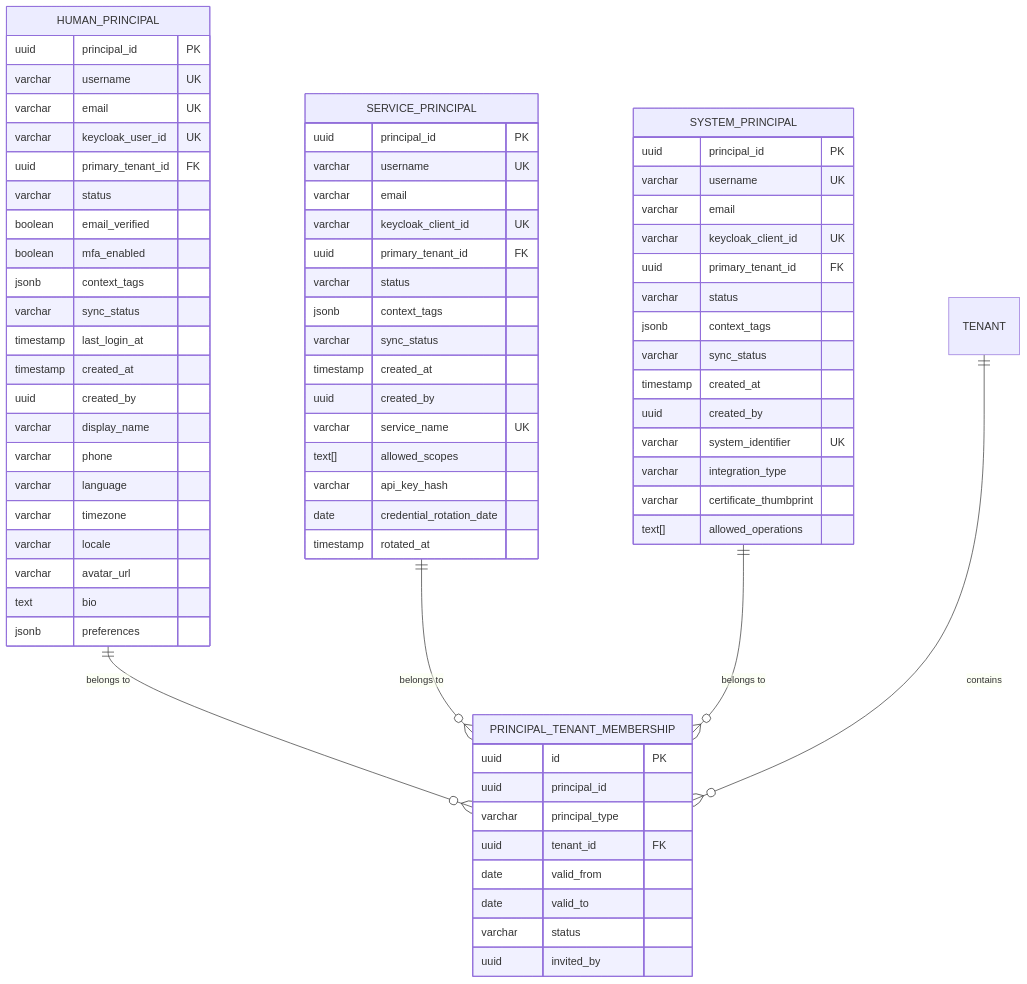
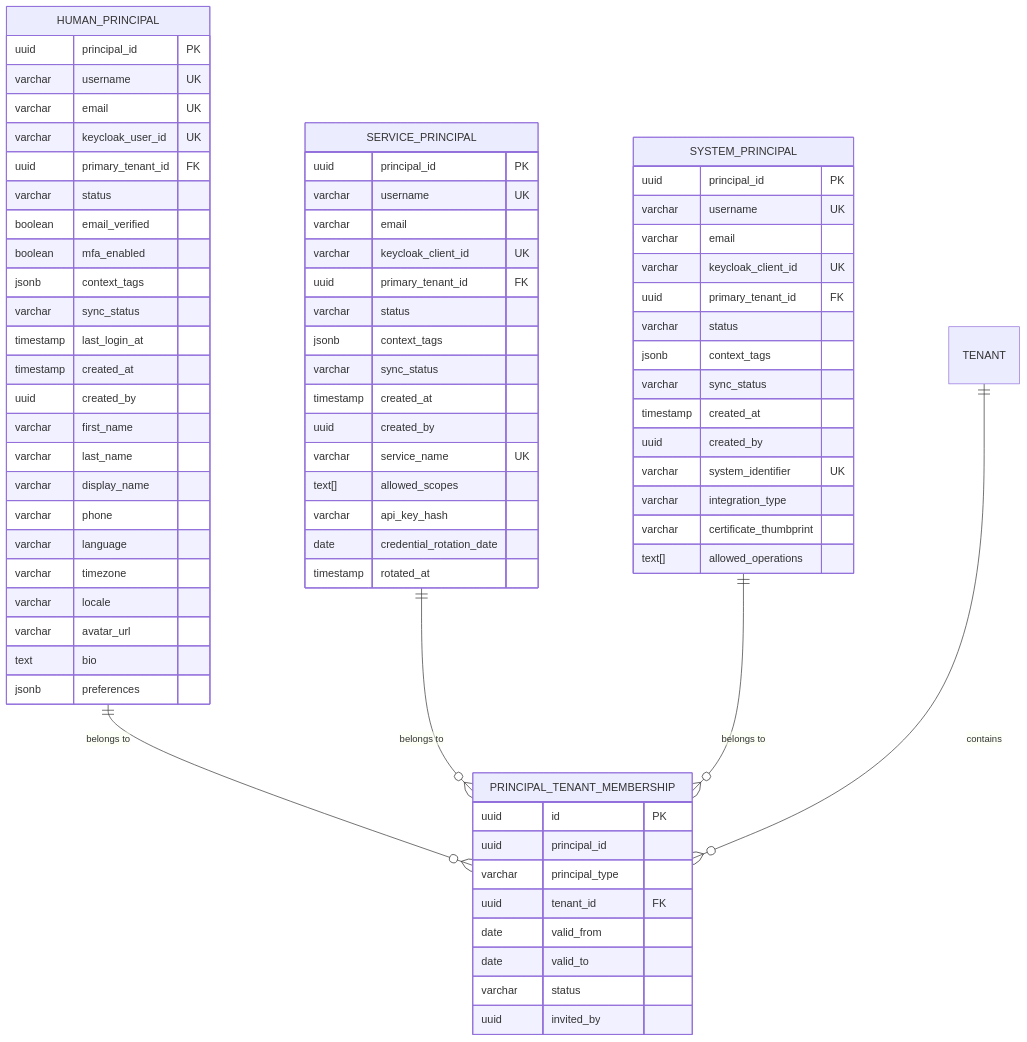
Before and after one commit to openleap-io/io.openleap.iam.principal: the second of 7 diagrams in spec/iam_principal_spec.md, drawn with Mermaid. The commit also changed other lines of this file and 21 other files, not shown here.

````diff
--- a/spec/iam_principal_spec.md
+++ b/spec/iam_principal_spec.md
@@ -208,77 +208,79 @@
 ```mermaid
 erDiagram
     HUMAN_PRINCIPAL ||--o{ PRINCIPAL_TENANT_MEMBERSHIP : "belongs to"
     SERVICE_PRINCIPAL ||--o{ PRINCIPAL_TENANT_MEMBERSHIP : "belongs to"
     SYSTEM_PRINCIPAL ||--o{ PRINCIPAL_TENANT_MEMBERSHIP : "belongs to"
     TENANT ||--o{ PRINCIPAL_TENANT_MEMBERSHIP : "contains"
     
     HUMAN_PRINCIPAL {
         uuid principal_id PK
         varchar username UK
         varchar email UK
         varchar keycloak_user_id UK
         uuid primary_tenant_id FK
         varchar status
         boolean email_verified
         boolean mfa_enabled
         jsonb context_tags
         varchar sync_status
         timestamp last_login_at
         timestamp created_at
         uuid created_by
+        varchar first_name
+        varchar last_name
         varchar display_name
         varchar phone
         varchar language
         varchar timezone
         varchar locale
         varchar avatar_url
         text bio
         jsonb preferences
     }
     
     SERVICE_PRINCIPAL {
         uuid principal_id PK
         varchar username UK
         varchar email
         varchar keycloak_client_id UK
         uuid primary_tenant_id FK
         varchar status
         jsonb context_tags
         varchar sync_status
         timestamp created_at
         uuid created_by
         varchar service_name UK
         text[] allowed_scopes
         varchar api_key_hash
         date credential_rotation_date
         timestamp rotated_at
     }
     
     SYSTEM_PRINCIPAL {
         uuid principal_id PK
         varchar username UK
         varchar email
         varchar keycloak_client_id UK
         uuid primary_tenant_id FK
         varchar status
         jsonb context_tags
         varchar sync_status
         timestamp created_at
         uuid created_by
         varchar system_identifier UK
         varchar integration_type
         varchar certificate_thumbprint
         text[] allowed_operations
     }
     
     PRINCIPAL_TENANT_MEMBERSHIP {
         uuid id PK
         uuid principal_id
         varchar principal_type
         uuid tenant_id FK
         date valid_from
         date valid_to
         varchar status
         uuid invited_by
     }
 ```
````
